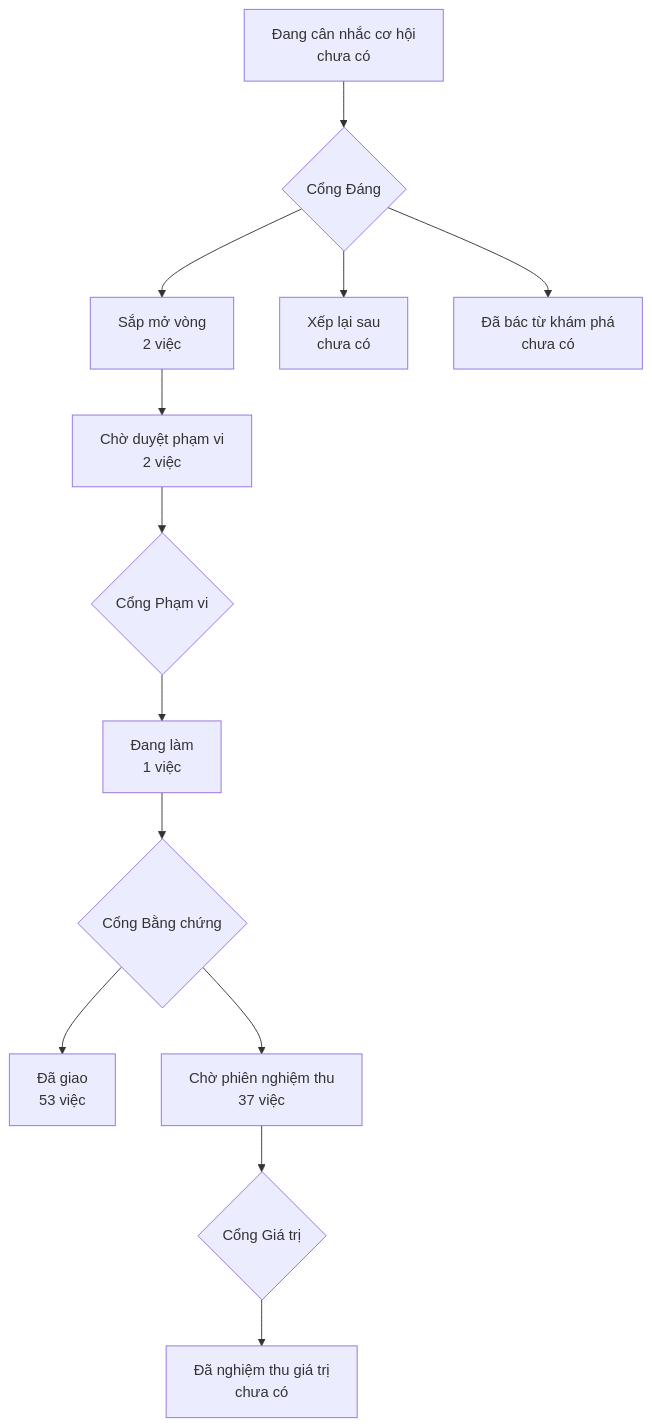
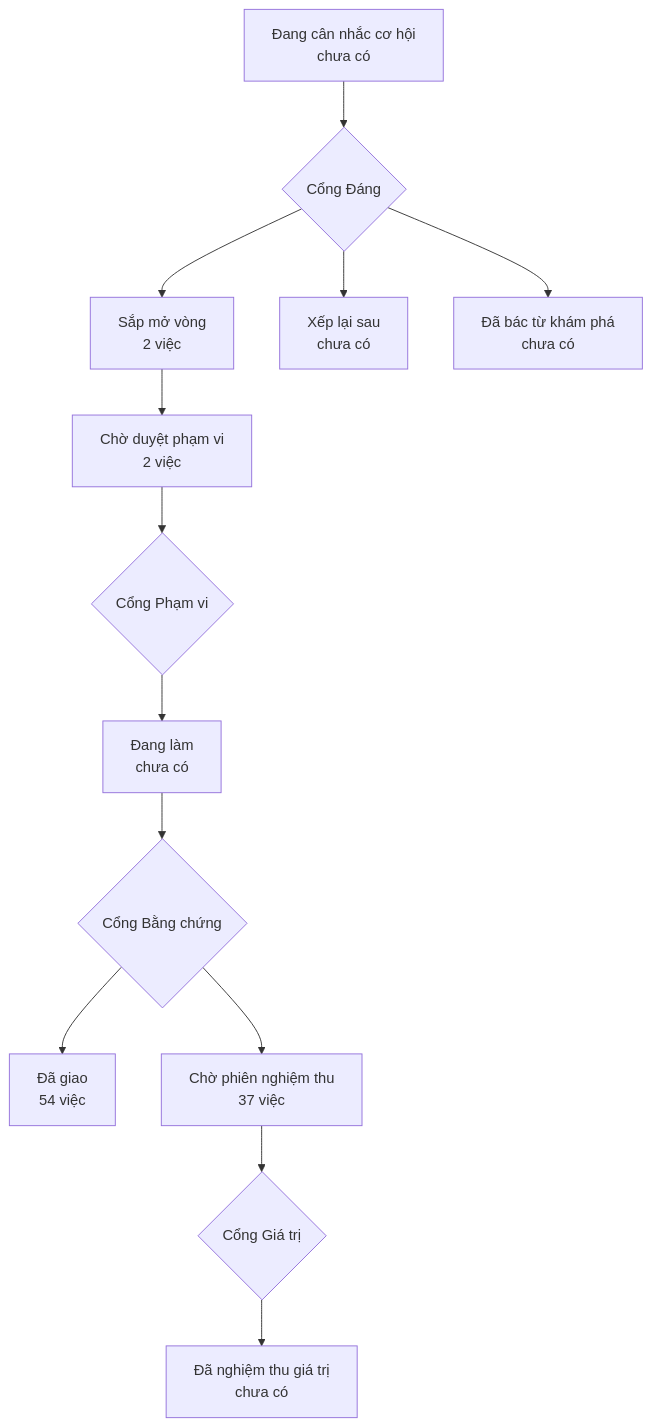
Before and after one commit to phanlemanh/onehub-invest: the diagram in PRODUCT-MAP.md, drawn with Mermaid. The commit also changed other lines of this file and 4 other files, not shown here.

````diff
--- a/PRODUCT-MAP.md
+++ b/PRODUCT-MAP.md
@@ -7,12 +7,12 @@
 ```mermaid
 flowchart TD
   A["Đang cân nhắc cơ hội<br/>chưa có"] --> GD{"Cổng Đáng"}
   GD --> B["Sắp mở vòng<br/>2 việc"]
   GD --> XL["Xếp lại sau<br/>chưa có"]
   GD --> DB["Đã bác từ khám phá<br/>chưa có"]
   B --> CD["Chờ duyệt phạm vi<br/>2 việc"] --> GP{"Cổng Phạm vi"}
-  GP --> DL["Đang làm<br/>1 việc"] --> GB{"Cổng Bằng chứng"}
-  GB --> DG["Đã giao<br/>53 việc"]
+  GP --> DL["Đang làm<br/>chưa có"] --> GB{"Cổng Bằng chứng"}
+  GB --> DG["Đã giao<br/>54 việc"]
   GB --> CN["Chờ phiên nghiệm thu<br/>37 việc"] --> GG{"Cổng Giá trị"}
   GG --> NT["Đã nghiệm thu giá trị<br/>chưa có"]
 ```
````
